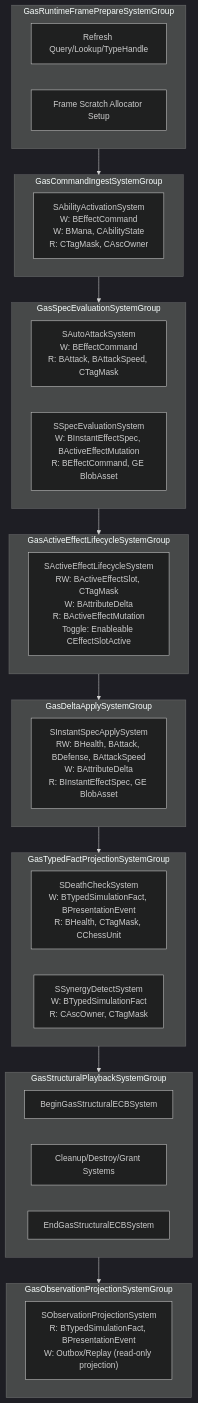
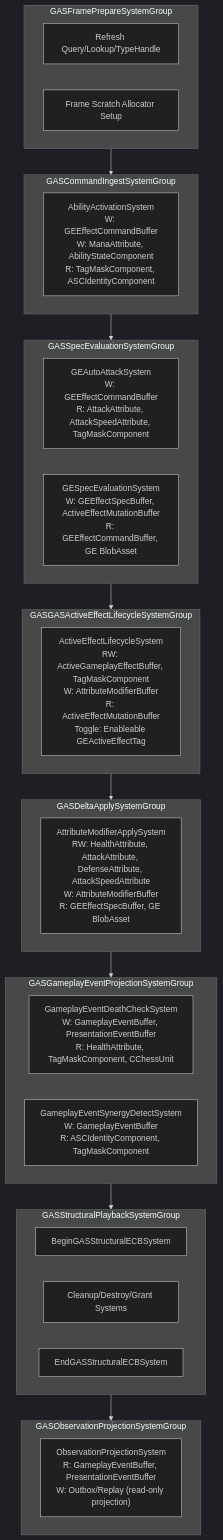
The fourth of 4 diagrams in 方案讨论/针对2.0的ECS架构的迭代方案讨论/当前路线/01-目标态架构共识/10B-AutoChess完整业务案例设计Spec.md (Bo-ki/gameplay-ability-system-for-unity), drawn with Mermaid (dark theme) before and after one commit. The commit also changed other lines of this file and 15 other files, not shown here.

````diff
--- a/方案讨论/针对2.0的ECS架构的迭代方案讨论/当前路线/01-目标态架构共识/10B-AutoChess完整业务案例设计Spec.md
+++ b/方案讨论/针对2.0的ECS架构的迭代方案讨论/当前路线/01-目标态架构共识/10B-AutoChess完整业务案例设计Spec.md
@@ -2019,47 +2019,47 @@
 ```mermaid
 flowchart TD
-    subgraph FramePrepare["GasRuntimeFramePrepareSystemGroup"]
+    subgraph FramePrepare["GASFramePrepareSystemGroup"]
         RefreshQuery["Refresh Query/Lookup/TypeHandle"]
         ArenaSetup["Frame Scratch Allocator Setup"]
     end
 
-    subgraph CommandIngest["GasCommandIngestSystemGroup"]
-        IngestRequest["SAbilityActivationSystem<br/>W: BEffectCommand<br/>W: BMana, CAbilityState<br/>R: CTagMask, CAscOwner"]
+    subgraph CommandIngest["GASCommandIngestSystemGroup"]
+        IngestRequest["AbilityActivationSystem<br/>W: GEEffectCommandBuffer<br/>W: ManaAttribute, AbilityStateComponent<br/>R: TagMaskComponent, ASCIdentityComponent"]
     end
 
-    subgraph SpecEval["GasSpecEvaluationSystemGroup"]
-        AutoAttack["SAutoAttackSystem<br/>W: BEffectCommand<br/>R: BAttack, BAttackSpeed, CTagMask"]
-        SpecEvalSys["SSpecEvaluationSystem<br/>W: BInstantEffectSpec, BActiveEffectMutation<br/>R: BEffectCommand, GE BlobAsset"]
+    subgraph SpecEval["GASSpecEvaluationSystemGroup"]
+        AutoAttack["GEAutoAttackSystem<br/>W: GEEffectCommandBuffer<br/>R: AttackAttribute, AttackSpeedAttribute, TagMaskComponent"]
+        SpecEvalSys["GESpecEvaluationSystem<br/>W: GEEffectSpecBuffer, ActiveEffectMutationBuffer<br/>R: GEEffectCommandBuffer, GE BlobAsset"]
     end
 
-    subgraph ActiveLifecycle["GasActiveEffectLifecycleSystemGroup"]
-        LifecycleSys["SActiveEffectLifecycleSystem<br/>RW: BActiveEffectSlot, CTagMask<br/>W: BAttributeDelta<br/>R: BActiveEffectMutation<br/>Toggle: Enableable CEffectSlotActive"]
+    subgraph ActiveLifecycle["GASGASActiveEffectLifecycleSystemGroup"]
+        LifecycleSys["ActiveEffectLifecycleSystem<br/>RW: ActiveGameplayEffectBuffer, TagMaskComponent<br/>W: AttributeModifierBuffer<br/>R: ActiveEffectMutationBuffer<br/>Toggle: Enableable GEActiveEffectTag"]
     end
 
-    subgraph DeltaApply["GasDeltaApplySystemGroup"]
-        InstantApply["SInstantSpecApplySystem<br/>RW: BHealth, BAttack, BDefense, BAttackSpeed<br/>W: BAttributeDelta<br/>R: BInstantEffectSpec, GE BlobAsset"]
+    subgraph DeltaApply["GASDeltaApplySystemGroup"]
+        InstantApply["AttributeModifierApplySystem<br/>RW: HealthAttribute, AttackAttribute, DefenseAttribute, AttackSpeedAttribute<br/>W: AttributeModifierBuffer<br/>R: GEEffectSpecBuffer, GE BlobAsset"]
     end
 
-    subgraph TypedFact["GasTypedFactProjectionSystemGroup"]
-        DeathCheck["SDeathCheckSystem<br/>W: BTypedSimulationFact, BPresentationEvent<br/>R: BHealth, CTagMask, CChessUnit"]
-        SynergyDetect["SSynergyDetectSystem<br/>W: BTypedSimulationFact<br/>R: CAscOwner, CTagMask"]
+    subgraph TypedFact["GASGameplayEventProjectionSystemGroup"]
+        DeathCheck["GameplayEventDeathCheckSystem<br/>W: GameplayEventBuffer, PresentationEventBuffer<br/>R: HealthAttribute, TagMaskComponent, CChessUnit"]
+        SynergyDetect["GameplayEventSynergyDetectSystem<br/>W: GameplayEventBuffer<br/>R: ASCIdentityComponent, TagMaskComponent"]
     end
 
-    subgraph Structural["GasStructuralPlaybackSystemGroup"]
-        BeginECB["BeginGasStructuralECBSystem"]
+    subgraph Structural["GASStructuralPlaybackSystemGroup"]
+        BeginECB["BeginGASStructuralECBSystem"]
         StructuralSys["Cleanup/Destroy/Grant Systems"]
-        EndECB["EndGasStructuralECBSystem"]
+        EndECB["EndGASStructuralECBSystem"]
     end
 
-    subgraph Observation["GasObservationProjectionSystemGroup"]
-        ObsProject["SObservationProjectionSystem<br/>R: BTypedSimulationFact, BPresentationEvent<br/>W: Outbox/Replay (read-only projection)"]
+    subgraph Observation["GASObservationProjectionSystemGroup"]
+        ObsProject["ObservationProjectionSystem<br/>R: GameplayEventBuffer, PresentationEventBuffer<br/>W: Outbox/Replay (read-only projection)"]
     end
 
     FramePrepare --> CommandIngest
     CommandIngest --> SpecEval
     SpecEval --> ActiveLifecycle
     ActiveLifecycle --> DeltaApply
     DeltaApply --> TypedFact
     TypedFact --> Structural
     Structural --> Observation
 ```
````
